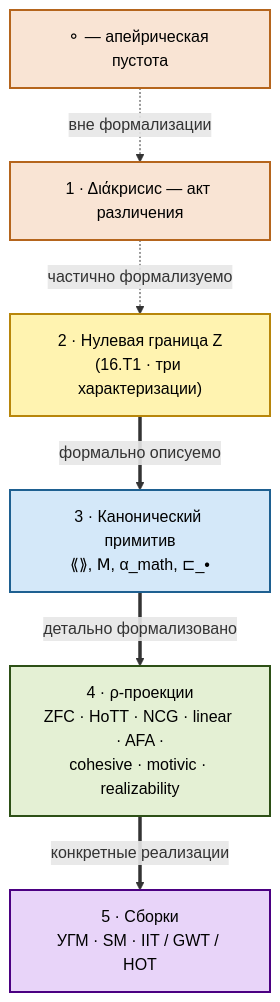
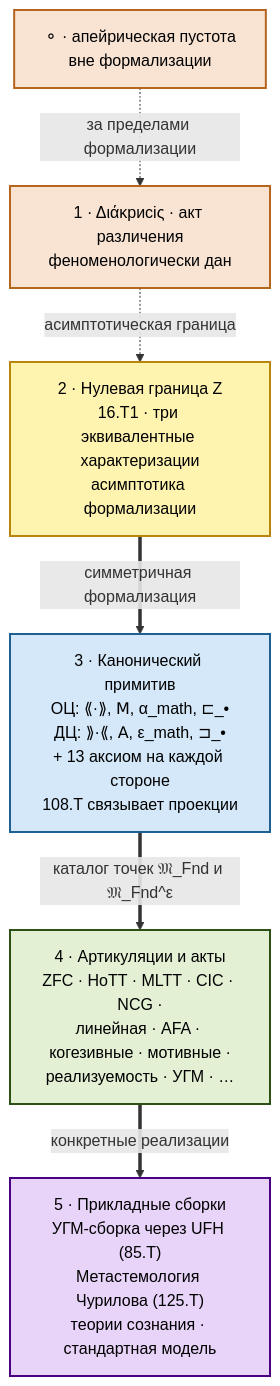
One commit to gst-st/diakrisis changed the seventh of 7 diagrams in docs/intro.md. Above: the diagram before and after it, drawn with Mermaid. The commit also changed other lines of this file, not shown here.

First line of the commit message:
diakrisis: глубокая переработка диаграмм и пояснений в intro.md

````diff
--- a/docs/intro.md
+++ b/docs/intro.md
@@ -293,21 +358,21 @@
 ```mermaid
 flowchart TB
     classDef phen fill:#f9e4d4,stroke:#b5651d,stroke-width:2px,color:#000
     classDef bound fill:#fff3b0,stroke:#b8860b,stroke-width:2px,color:#000
     classDef form fill:#d4e8f9,stroke:#1e6091,stroke-width:2px,color:#000
     classDef proj fill:#e4f0d4,stroke:#2d5016,stroke-width:2px,color:#000
     classDef asm fill:#e8d4f9,stroke:#4b0082,stroke-width:2px,color:#000
 
-    A["⚬ — апейрическая пустота"]:::phen
-    B["1 · Διάκрисис — акт различения"]:::phen
-    C["2 · Нулевая граница Z<br/>(16.T1 · три характеризации)"]:::bound
-    D["3 · Канонический примитив<br/>⟪⟫, 𝖬, α_math, ⊏_•"]:::form
-    E["4 · ρ-проекции<br/>ZFC · HoTT · NCG · linear · AFA ·<br/>cohesive · motivic · realizability"]:::proj
-    F["5 · Сборки<br/>УГМ · SM · IIT / GWT / HOT"]:::asm
+    A["⚬ · апейрическая пустота<br/>вне формализации"]:::phen
+    B["1 · Διάκрисіς · акт различения<br/>феноменологически дан"]:::phen
+    C["2 · Нулевая граница Z<br/>16.T1 · три эквивалентные характеризации<br/>асимптотика формализации"]:::bound
+    D["3 · Канонический примитив<br/>ОЦ: ⟪·⟫, 𝖬, α_math, ⊏_•<br/>ДЦ: ⟫·⟪, 𝖠, ε_math, ⊐_•<br/>+ 13 аксиом на каждой стороне<br/>108.T связывает проекции"]:::form
+    E["4 · Артикуляции и акты<br/>ZFC · HoTT · MLTT · CIC · NCG ·<br/>линейная · AFA · когезивные · мотивные ·<br/>реализуемость · УГМ · …"]:::proj
+    F["5 · Прикладные сборки<br/>УГМ-сборка через UFH (85.T)<br/>Метастемология Чурилова (125.T)<br/>теории сознания · стандартная модель"]:::asm
 
-    A -.->|вне формализации| B
-    B -.->|частично формализуемо| C
-    C ==>|формально описуемо| D
-    D ==>|детально формализовано| E
+    A -.->|за пределами формализации| B
+    B -.->|асимптотическая граница| C
+    C ==>|симметричная формализация| D
+    D ==>|каталог точек 𝔐_Fnd и 𝔐_Fnd^ε| E
     E ==>|конкретные реализации| F
 ```
````
